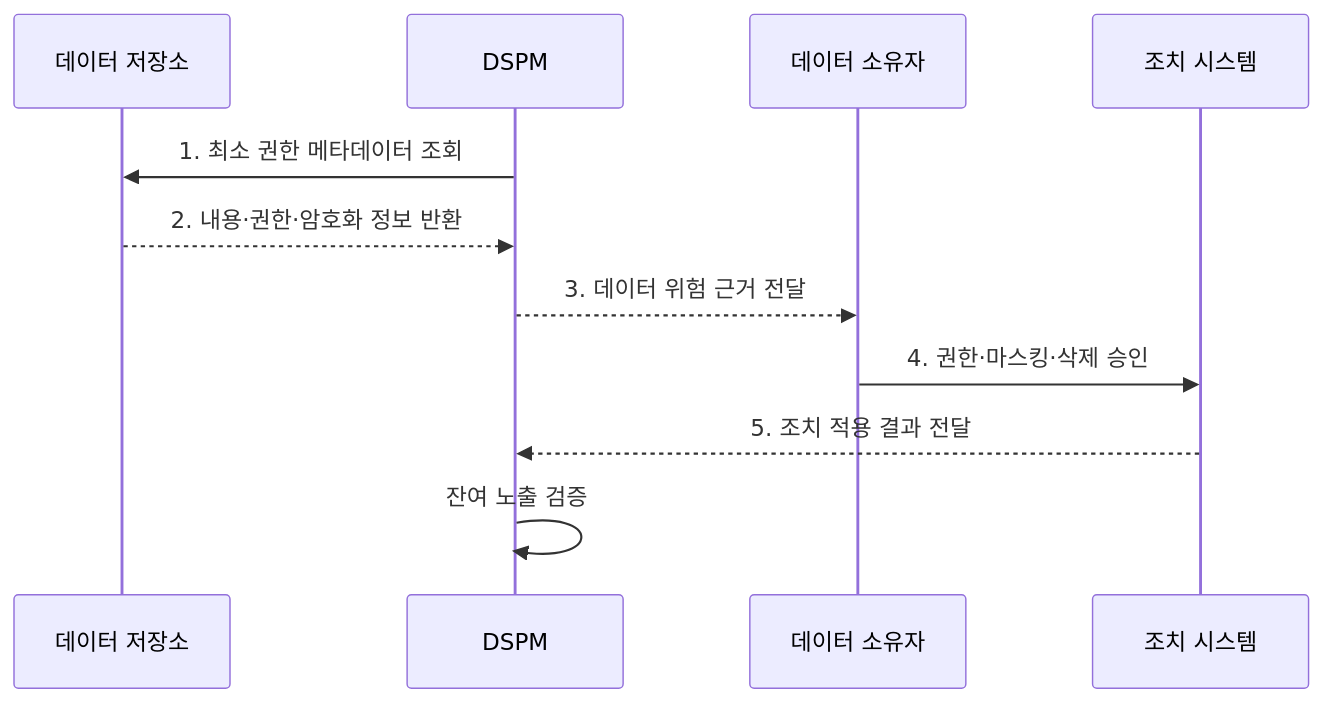
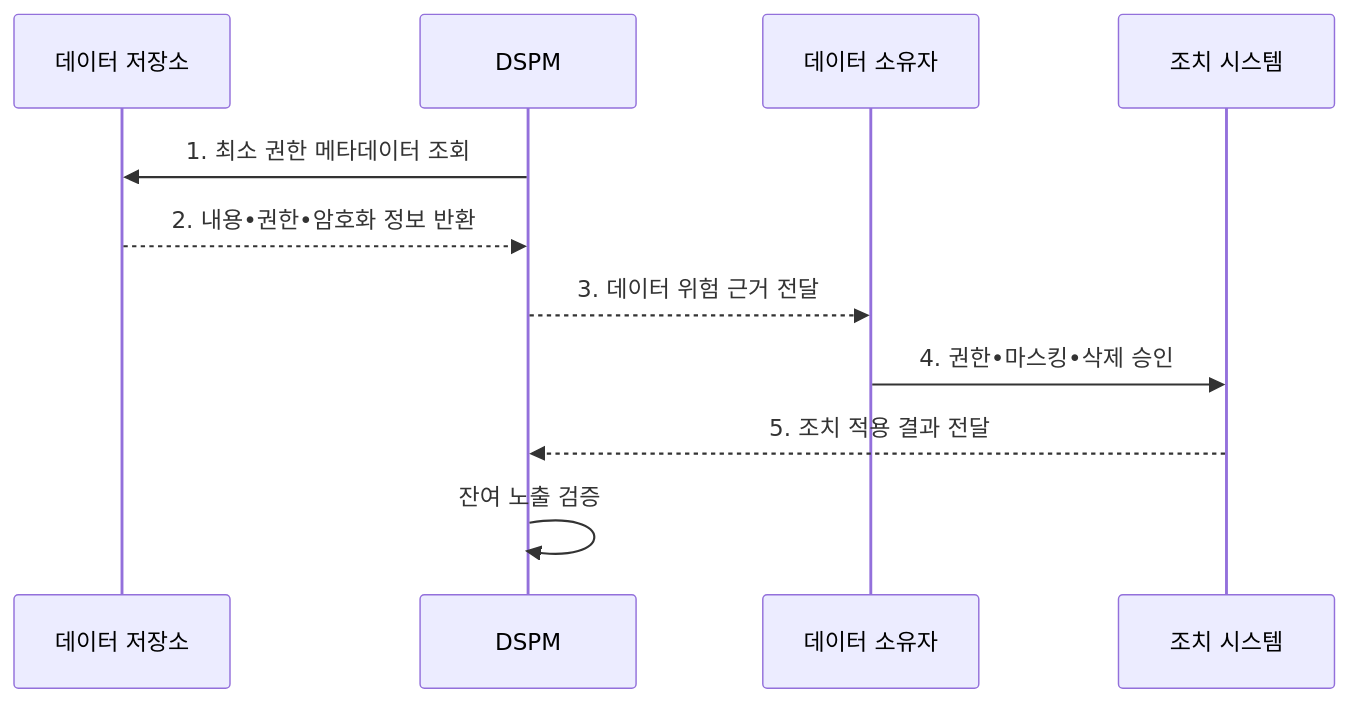
The second of 2 diagrams in src/content/docs/notes/05-security/074_dspm.md (agnusdei1207/knowledge-base), drawn with Mermaid before and after one commit. The commit also changed other lines of this file and 953 other files, not shown here.

````diff
--- a/src/content/docs/notes/05-security/074_dspm.md
+++ b/src/content/docs/notes/05-security/074_dspm.md
@@ -96,13 +96,13 @@
 ```mermaid
 sequenceDiagram
     participant S as 데이터 저장소
     participant D as DSPM
     participant O as 데이터 소유자
     participant C as 조치 시스템
     D->>S: 1. 최소 권한 메타데이터 조회
-    S-->>D: 2. 내용·권한·암호화 정보 반환
+    S-->>D: 2. 내용•권한•암호화 정보 반환
     D-->>O: 3. 데이터 위험 근거 전달
-    O->>C: 4. 권한·마스킹·삭제 승인
+    O->>C: 4. 권한•마스킹•삭제 승인
     C-->>D: 5. 조치 적용 결과 전달
     D->>D: 잔여 노출 검증
 ```
````
